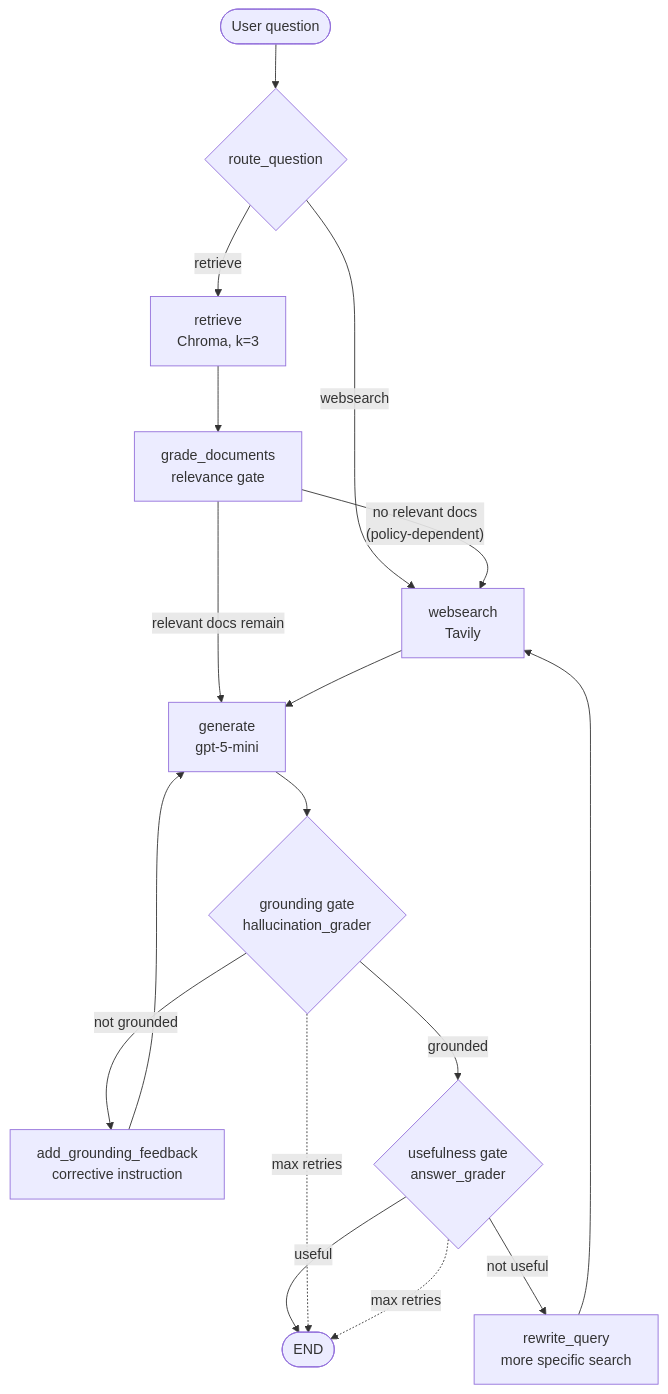
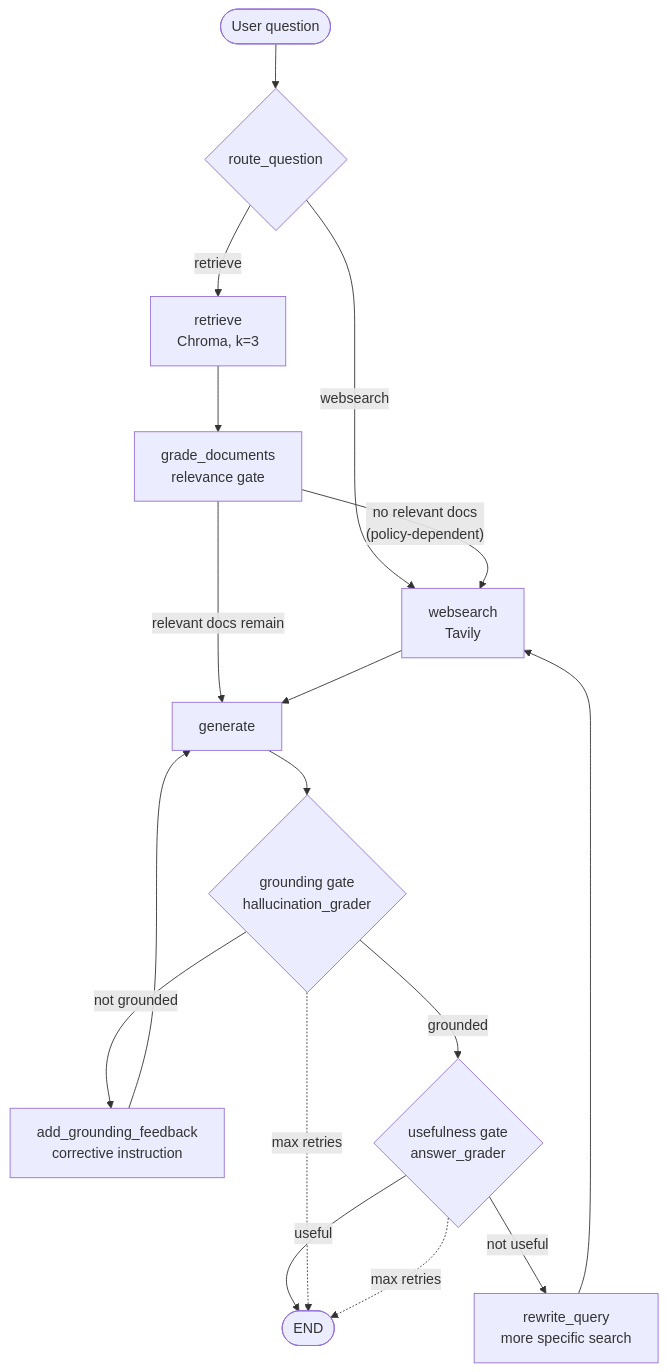
One commit to rhenus-Q/Enterprise-Agentic-RAG changed the diagram in README.md. Above: the diagram before and after it, drawn with Mermaid. The commit also changed other lines of this file and 5 other files, not shown here.

````diff
--- a/README.md
+++ b/README.md
@@ -99,22 +124,22 @@
 ```mermaid
 flowchart TD
     Q([User question]) --> ROUTE{route_question}
 
     ROUTE -- "websearch" --> WS[websearch<br/>Tavily]
     ROUTE -- "retrieve" --> RET[retrieve<br/>Chroma, k=3]
 
     RET --> GD[grade_documents<br/>relevance gate]
-    GD -- "relevant docs remain" --> GEN[generate<br/>gpt-5-mini]
+    GD -- "relevant docs remain" --> GEN[generate]
     GD -- "no relevant docs<br/>(policy-dependent)" --> WS
     WS --> GEN
 
     GEN --> HG{grounding gate<br/>hallucination_grader}
     HG -- "not grounded" --> FB[add_grounding_feedback<br/>corrective instruction]
     FB --> GEN
     HG -- "grounded" --> AG{usefulness gate<br/>answer_grader}
     AG -- "useful" --> E([END])
     AG -- "not useful" --> RW[rewrite_query<br/>more specific search]
     RW --> WS
     HG -. "max retries" .-> E
     AG -. "max retries" .-> E
 ```
````
